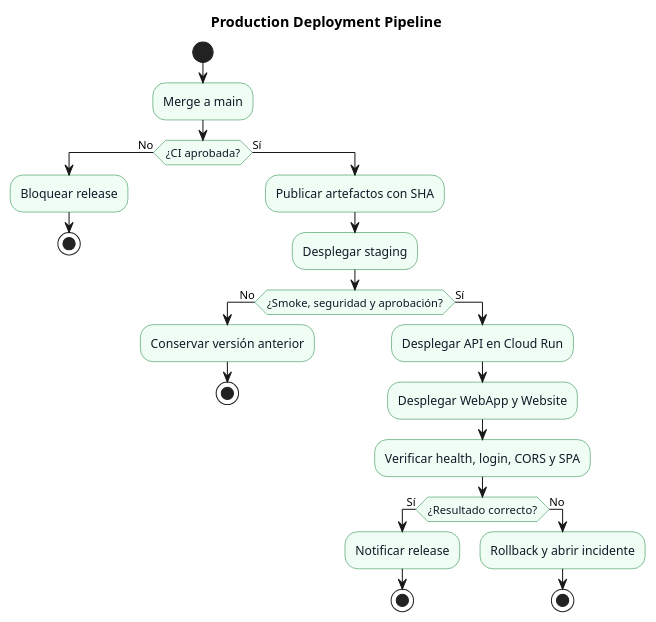
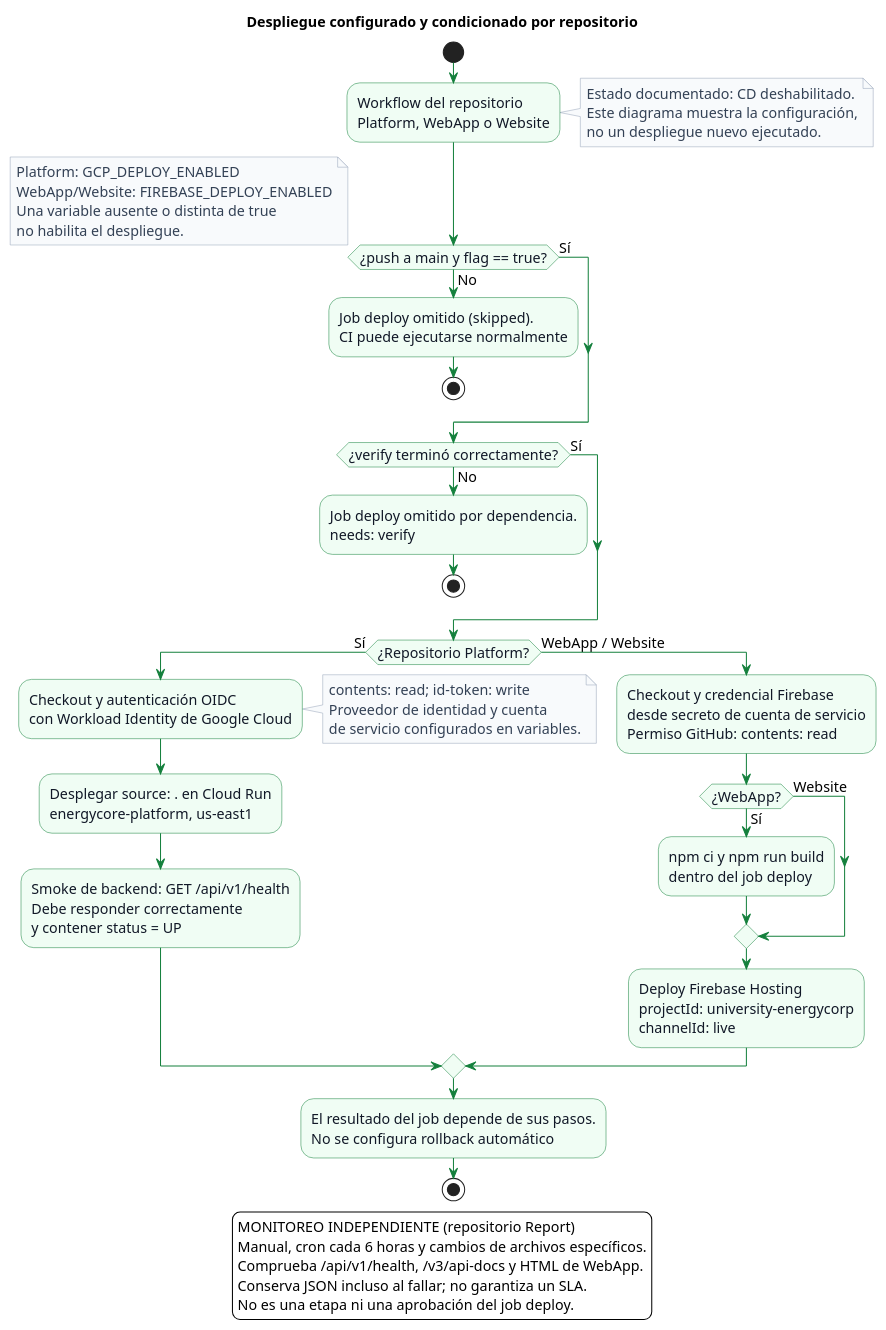
Before and after one commit to teralume/energycore-report: the diagram in assets/diagrams/source/production-deployment.puml, drawn with PlantUML. The commit also changed 12 other files, not shown here.

```diff
--- a/assets/diagrams/source/production-deployment.puml
+++ b/assets/diagrams/source/production-deployment.puml
@@ -1,36 +1,87 @@
 @startuml
-title Production Deployment Pipeline
+title Despliegue configurado y condicionado por repositorio
 skinparam backgroundColor white
 skinparam shadowing false
 skinparam defaultFontName Arial
+skinparam defaultFontSize 14
+skinparam ArrowColor #15803D
 skinparam activity {
   BackgroundColor #F0FDF4
   BorderColor #15803D
   FontColor #111827
 }
+skinparam note {
+  BackgroundColor #F8FAFC
+  BorderColor #94A3B8
+  FontColor #334155
+}
 
 start
-:Merge a main;
-if (¿CI aprobada?) then (No)
-  :Bloquear release;
+:Workflow del repositorio
+Platform, WebApp o Website;
+note right
+  Estado documentado: CD deshabilitado.
+  Este diagrama muestra la configuración,
+  no un despliegue nuevo ejecutado.
+end note
+
+if (¿push a main y flag == true?) then (No)
+  :Job deploy omitido (skipped).
+  CI puede ejecutarse normalmente;
   stop
 else (Sí)
-  :Publicar artefactos con SHA;
-  :Desplegar staging;
-  if (¿Smoke, seguridad y aprobación?) then (No)
-    :Conservar versión anterior;
-    stop
-  else (Sí)
-    :Desplegar API en Cloud Run;
-    :Desplegar WebApp y Website;
-    :Verificar health, login, CORS y SPA;
-    if (¿Resultado correcto?) then (Sí)
-      :Notificar release;
-      stop
-    else (No)
-      :Rollback y abrir incidente;
-      stop
-    endif
+endif
+
+note right
+  Platform: GCP_DEPLOY_ENABLED
+  WebApp/Website: FIREBASE_DEPLOY_ENABLED
+  Una variable ausente o distinta de true
+  no habilita el despliegue.
+end note
+
+if (¿verify terminó correctamente?) then (No)
+  :Job deploy omitido por dependencia.
+  needs: verify;
+  stop
+else (Sí)
+endif
+
+if (¿Repositorio Platform?) then (Sí)
+  :Checkout y autenticación OIDC
+  con Workload Identity de Google Cloud;
+  note right
+    contents: read; id-token: write
+    Proveedor de identidad y cuenta
+    de servicio configurados en variables.
+  end note
+  :Desplegar source: . en Cloud Run
+  energycore-platform, us-east1;
+  :Smoke de backend: GET /api/v1/health
+  Debe responder correctamente
+  y contener status = UP;
+else (WebApp / Website)
+  :Checkout y credencial Firebase
+  desde secreto de cuenta de servicio
+  Permiso GitHub: contents: read;
+  if (¿WebApp?) then (Sí)
+    :npm ci y npm run build
+    dentro del job deploy;
+  else (Website)
   endif
+  :Deploy Firebase Hosting
+  projectId: university-energycorp
+  channelId: live;
 endif
+
+:El resultado del job depende de sus pasos.
+No se configura rollback automático;
+stop
+
+legend bottom
+  MONITOREO INDEPENDIENTE (repositorio Report)
+  Manual, cron cada 6 horas y cambios de archivos específicos.
+  Comprueba /api/v1/health, /v3/api-docs y HTML de WebApp.
+  Conserva JSON incluso al fallar; no garantiza un SLA.
+  No es una etapa ni una aprobación del job deploy.
+endlegend
 @enduml
```
